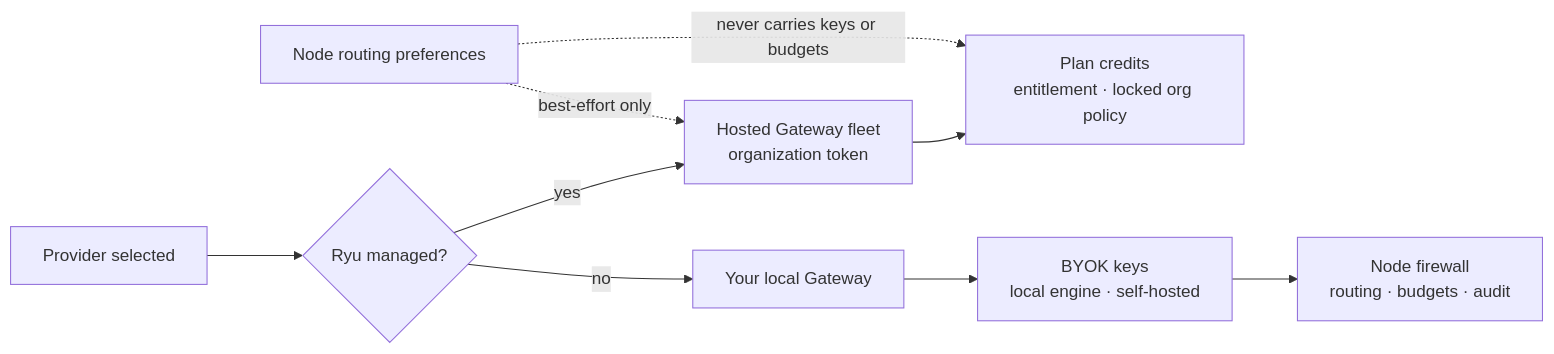
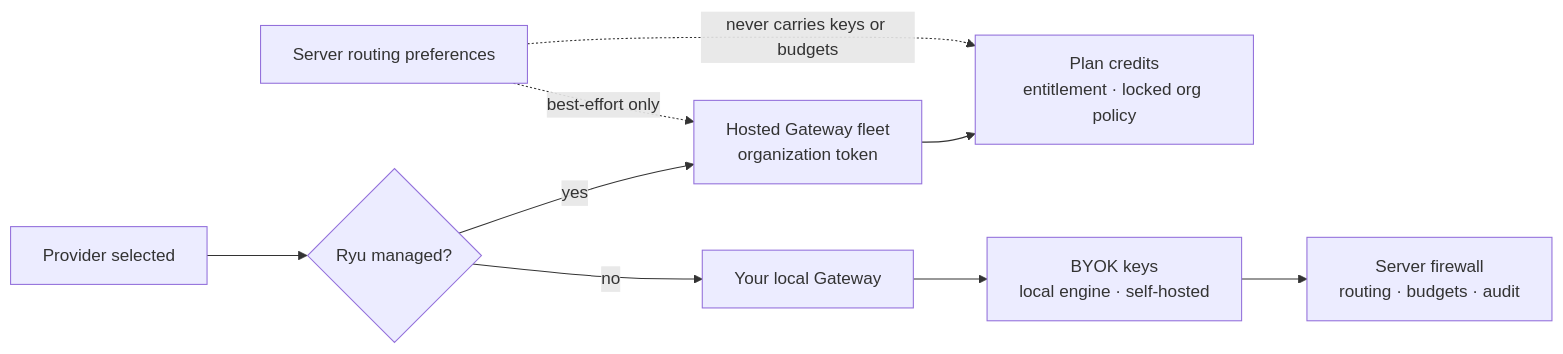
The diagram in content/docs/gateway/managed-on-your-own-node.mdx (amajorai/ryu-docs), drawn with Mermaid before and after one commit. The commit also changed other lines of this file and 305 other files, not shown here.

````diff
--- a/content/docs/gateway/managed-on-your-own-node.mdx
+++ b/content/docs/gateway/managed-on-your-own-node.mdx
@@ -19,11 +19,11 @@
 ```mermaid
 flowchart LR
   SELECT["Provider selected"] --> KIND{"Ryu managed?"}
   KIND -->|"yes"| FLEET["Hosted Gateway fleet\norganization token"]
   FLEET --> SHARED["Plan credits\nentitlement · locked org policy"]
   KIND -->|"no"| LOCAL["Your local Gateway"]
   LOCAL --> BYOK["BYOK keys\nlocal engine · self-hosted"]
-  BYOK --> LOCAL_POLICY["Node firewall\nrouting · budgets · audit"]
-  PREF["Node routing preferences"] -. "best-effort only" .-> FLEET
+  BYOK --> LOCAL_POLICY["Server firewall\nrouting · budgets · audit"]
+  PREF["Server routing preferences"] -. "best-effort only" .-> FLEET
   PREF -. "never carries keys or budgets" .-> SHARED
 ```
````
